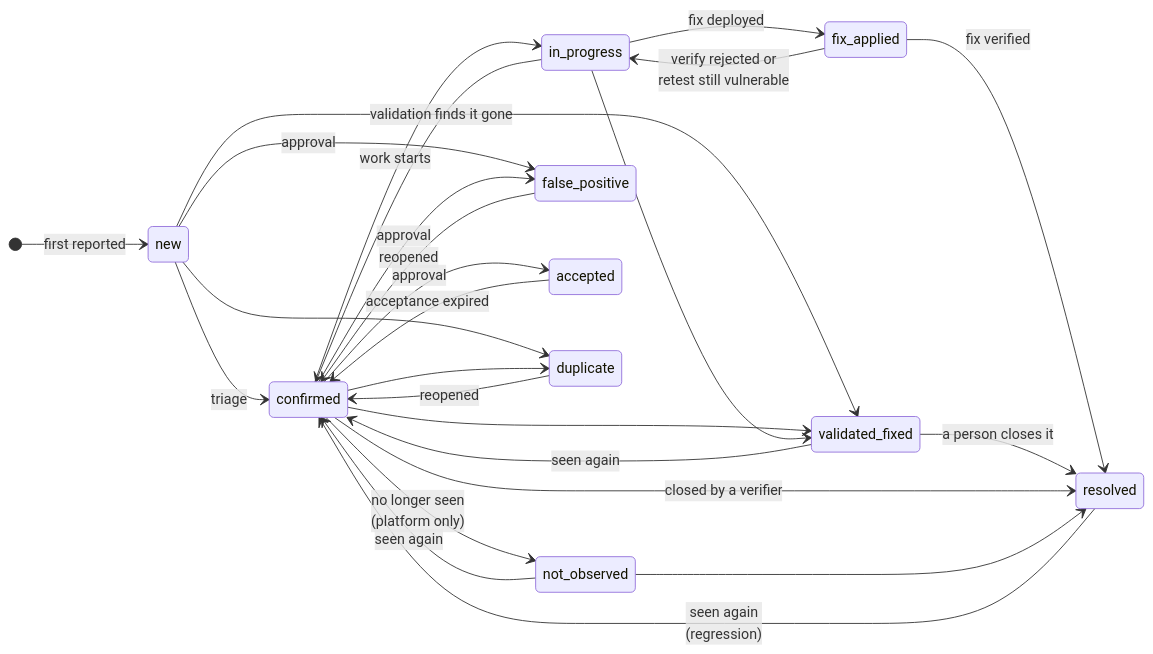
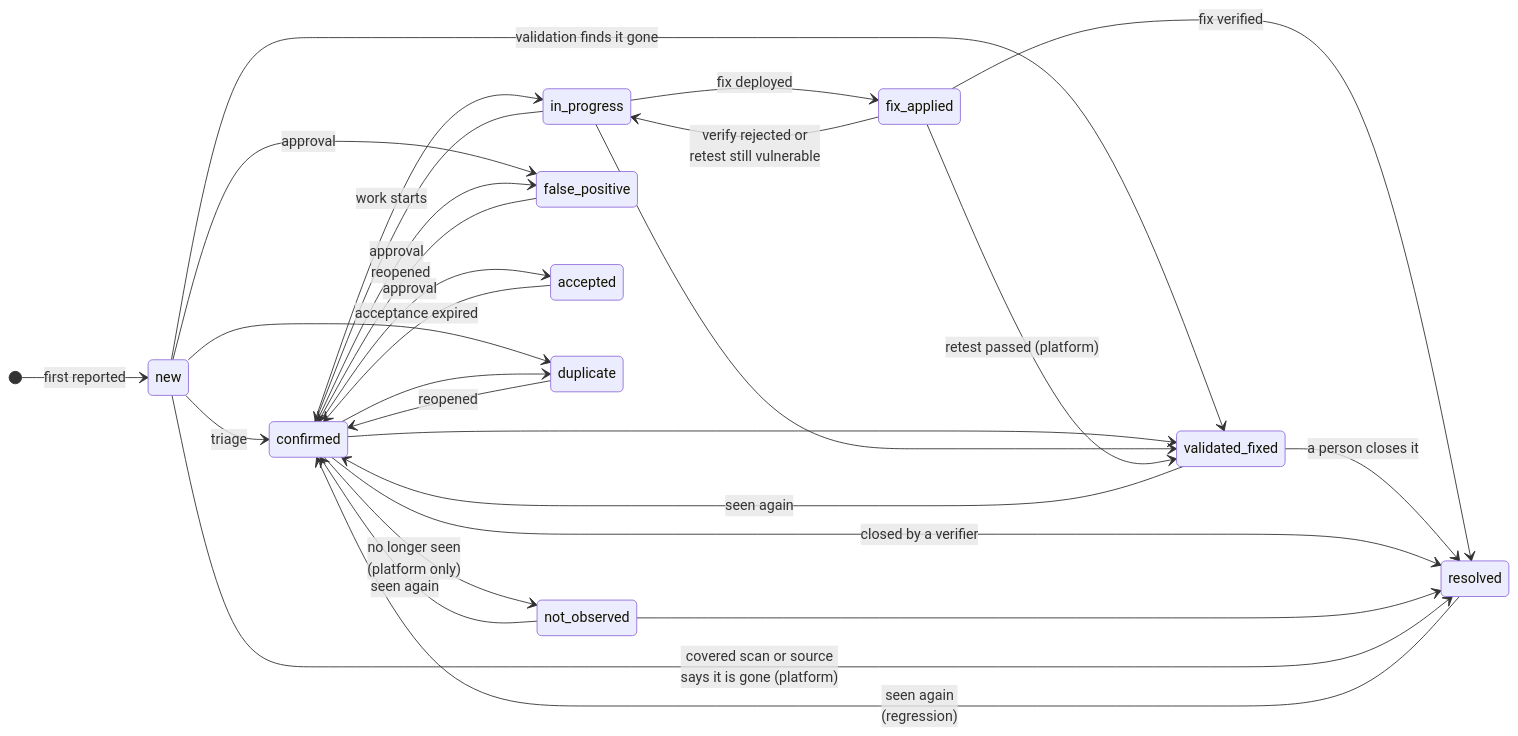
Before and after one commit to openctemio/docs: the first of 2 diagrams in user-guide/05-exposures-and-findings.md, drawn with Mermaid. The commit also changed other lines of this file and 1 other file, not shown here.

Commit message:
docs: one finding status set for every source, pentest included

````diff
--- a/user-guide/05-exposures-and-findings.md
+++ b/user-guide/05-exposures-and-findings.md
@@ -210,33 +211,35 @@
 ```mermaid
 stateDiagram-v2
     direction LR
     [*] --> new: first reported
     new --> confirmed: triage
     confirmed --> in_progress: work starts
     in_progress --> confirmed
     in_progress --> fix_applied: fix deployed
     fix_applied --> resolved: fix verified
     fix_applied --> in_progress: verify rejected or<br/>retest still vulnerable
 
     new --> validated_fixed: validation finds it gone
     confirmed --> validated_fixed
     in_progress --> validated_fixed
     validated_fixed --> resolved: a person closes it
     validated_fixed --> confirmed: seen again
 
     confirmed --> resolved: closed by a verifier
     confirmed --> not_observed: no longer seen<br/>(platform only)
     not_observed --> confirmed: seen again
     not_observed --> resolved
 
     new --> false_positive: approval
     confirmed --> false_positive: approval
     confirmed --> accepted: approval
     new --> duplicate
     confirmed --> duplicate
 
+    new --> resolved: covered scan or source<br/>says it is gone (platform)
+    fix_applied --> validated_fixed: retest passed (platform)
     resolved --> confirmed: seen again<br/>(regression)
     accepted --> confirmed: acceptance expired
     false_positive --> confirmed: reopened
     duplicate --> confirmed: reopened
 ```
````
